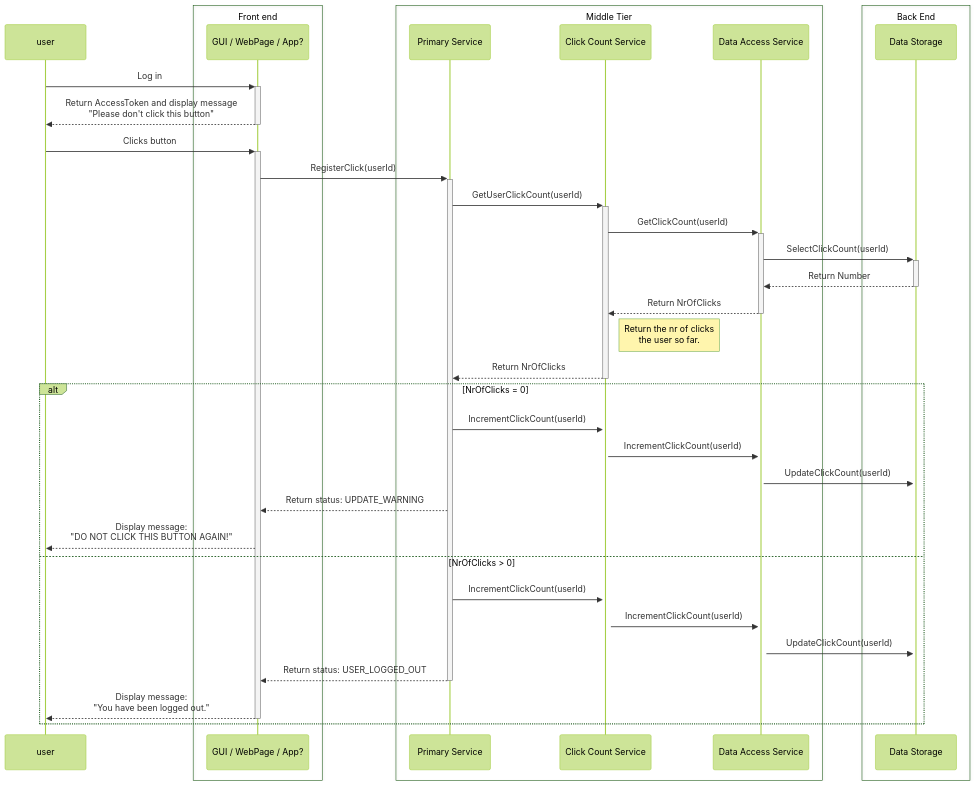
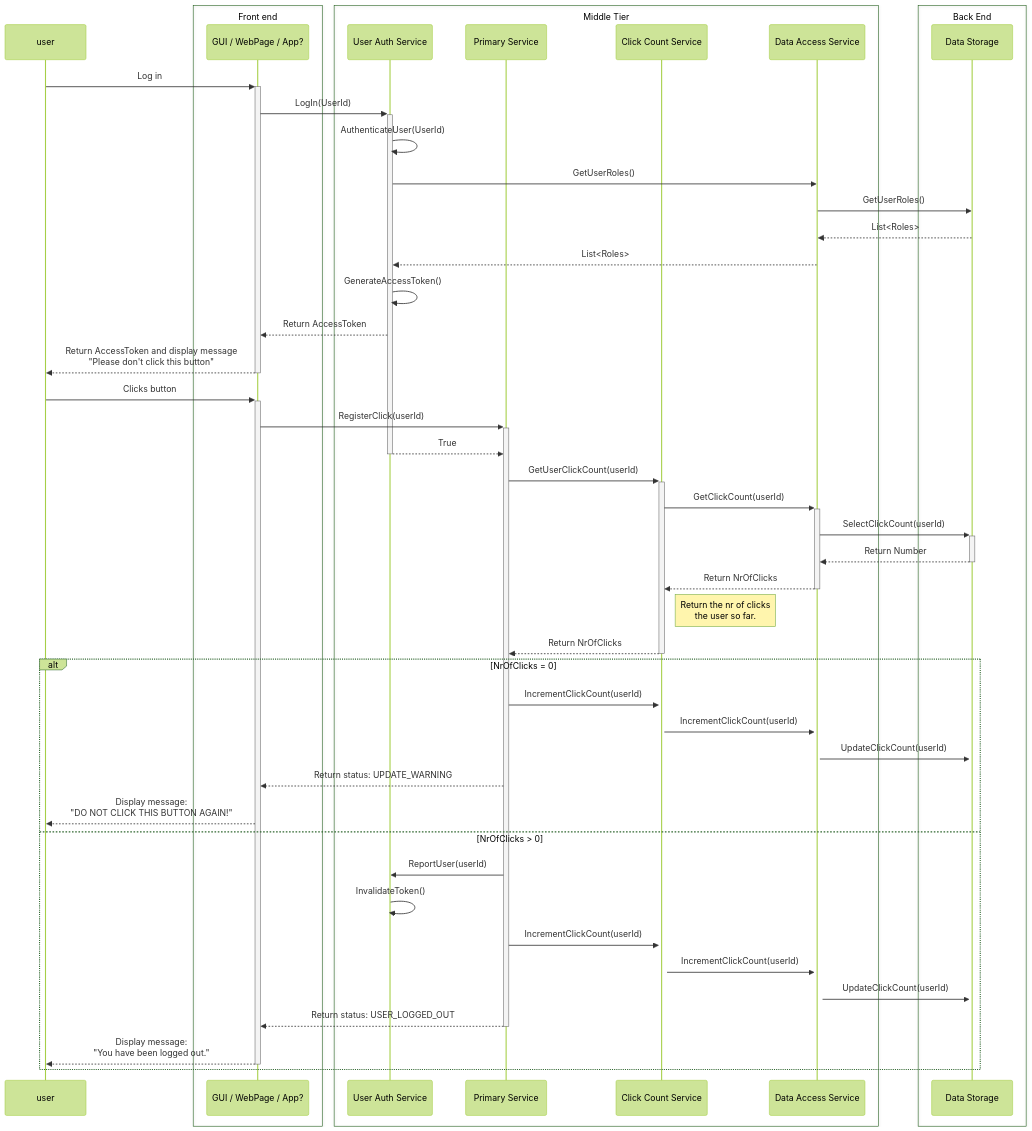
The diagram in diagrams/07-sequence.md (Kjartanl/mermaid), drawn with Mermaid (forest theme) before and after one commit.

Commit message:
Sequence Step 3

````diff
--- a/diagrams/07-sequence.md
+++ b/diagrams/07-sequence.md
@@ -5,51 +5,64 @@
 ```mermaid
 sequenceDiagram
 
 participant U as user
    
 box Front end
     participant FE as GUI / WebPage / App?
 end
 
 box Middle Tier
+    participant Auth as User Auth Service
     participant Svc as Primary Service
     participant Cc as Click Count Service
     participant Dal as Data Access Service
 end
 
 box Back End
     participant DB as Data Storage
 end
 
 ###########################
 ### User logs in 
 
 U->>+FE: Log in
+FE->>+Auth: LogIn(UserId)
+Auth->>Auth: AuthenticateUser(UserId)
+Auth->>Dal: GetUserRoles()
+Dal->>DB: GetUserRoles()
+DB-->>Dal: List<Roles>
+Dal-->>Auth: List<Roles>
+Auth->>Auth: GenerateAccessToken()
+Auth-->>FE: Return AccessToken
 FE-->>-U: Return AccessToken and display message <br />"Please don't click this button"
 
 U->>+FE: Clicks button 
 FE->>+Svc: RegisterClick(userId)
 
+
+    Auth-->>-Svc: True
 
     Svc->>+Cc: GetUserClickCount(userId)
     Cc->>+Dal: GetClickCount(userId)
     Dal->>+DB: SelectClickCount(userId)
     DB-->>-Dal: Return Number
     Dal-->>-Cc: Return NrOfClicks 
     Note right of Cc: Return the nr of clicks <br /> the user so far.
     Cc-->>-Svc: Return NrOfClicks
 
     alt NrOfClicks = 0
         Svc->>+Cc: IncrementClickCount(userId)
         Cc->>+Dal: IncrementClickCount(userId)
         Dal->>+DB: UpdateClickCount(userId)
         Svc-->>FE: Return status: UPDATE_WARNING
         FE-->>U: Display message:<br />"DO NOT CLICK THIS BUTTON AGAIN!"
     else NrOfClicks > 0
+        Svc->>Auth: ReportUser(userId)
+        Auth->>Auth: InvalidateToken()
         Svc->>+Cc: IncrementClickCount(userId)
         Cc->>+Dal: IncrementClickCount(userId)
         Dal->>+DB: UpdateClickCount(userId)
         Svc-->>-FE: Return status: USER_LOGGED_OUT
         FE-->>-U: Display message:<br />"You have been logged out."
     end
 ```
````
